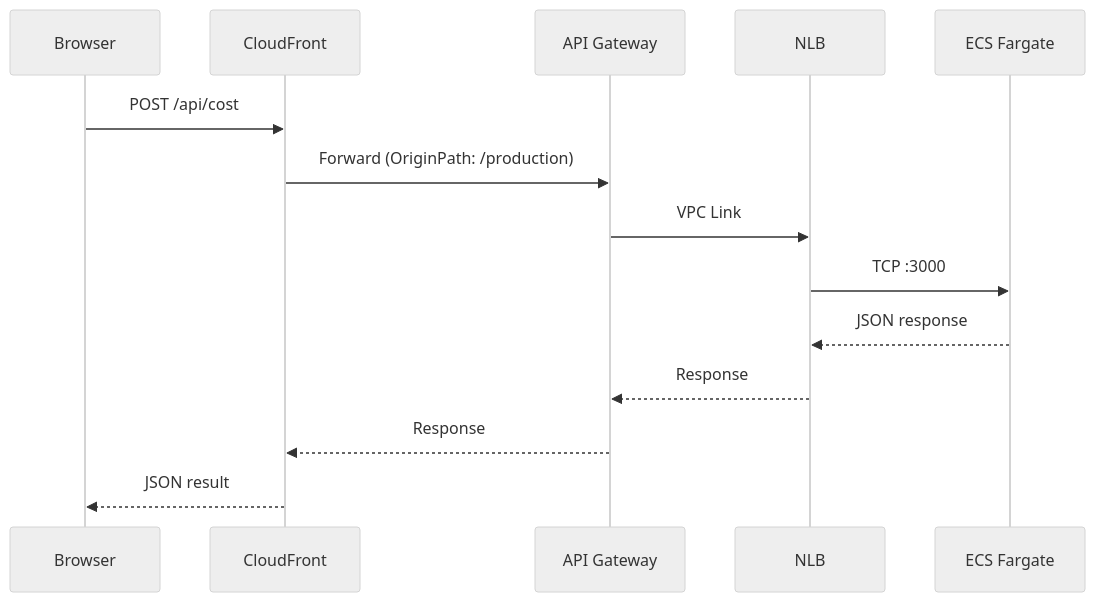
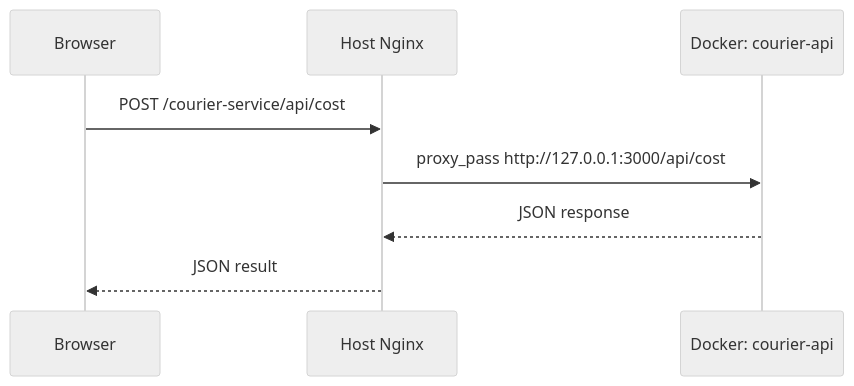
One commit to nurulizyansyaza/courier-service changed the sixth of 6 diagrams in ARCHITECTURE.md. Above: the diagram before and after it, drawn with Mermaid (neutral theme). The commit also changed other lines of this file and 22 other files, not shown here.

````diff
--- a/ARCHITECTURE.md
+++ b/ARCHITECTURE.md
@@ -164,17 +164,11 @@
 ```mermaid
 sequenceDiagram
     participant B as Browser
-    participant CF as CloudFront
-    participant AG as API Gateway
-    participant NLB as NLB
-    participant ECS as ECS Fargate
+    participant N as Host Nginx
+    participant API as Docker: courier-api
 
-    B->>CF: POST /api/cost
-    CF->>AG: Forward (OriginPath: /production)
-    AG->>NLB: VPC Link
-    NLB->>ECS: TCP :3000
-    ECS-->>NLB: JSON response
-    NLB-->>AG: Response
-    AG-->>CF: Response
-    CF-->>B: JSON result
+    B->>N: POST /courier-service/api/cost
+    N->>API: proxy_pass http://127.0.0.1:3000/api/cost
+    API-->>N: JSON response
+    N-->>B: JSON result
 ```
````
